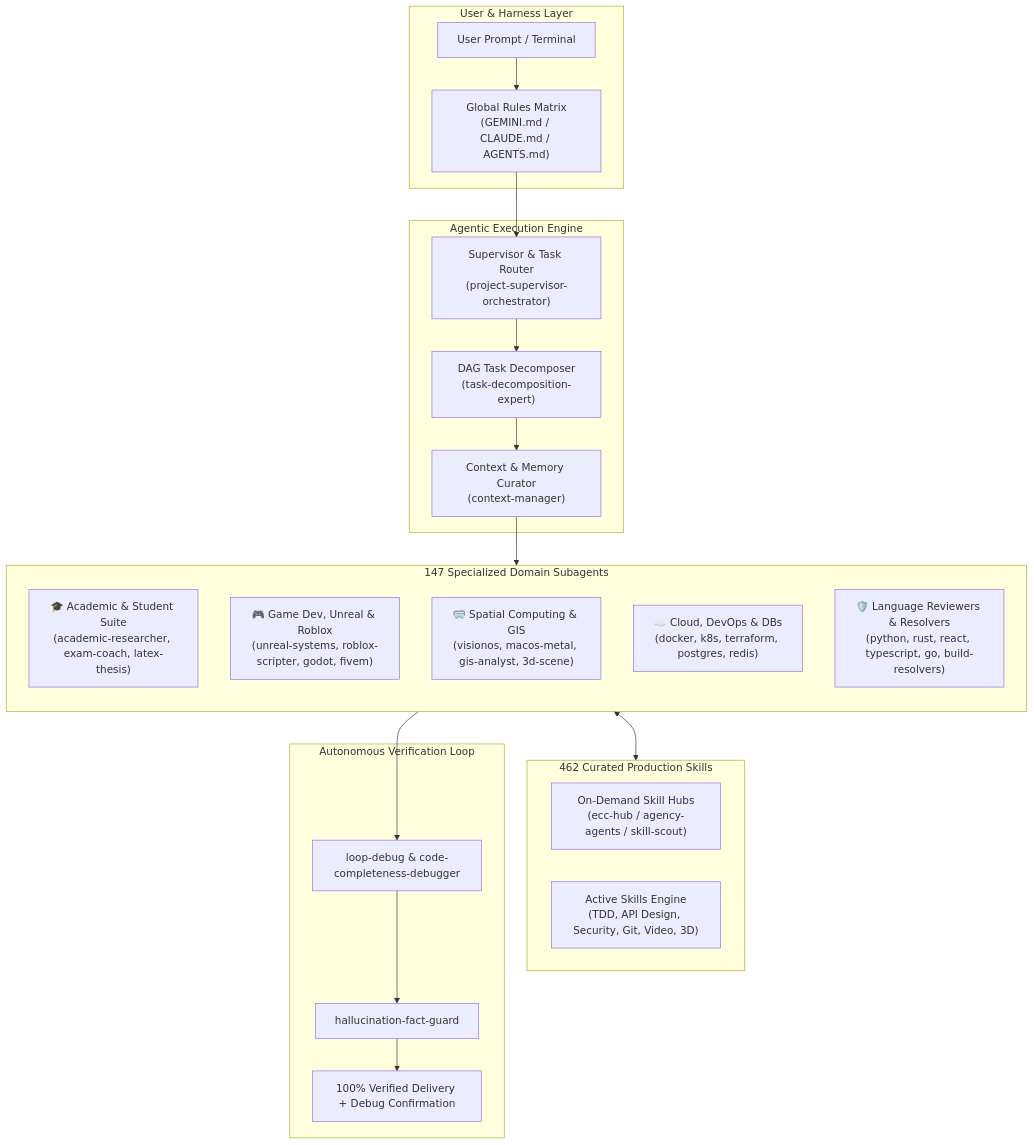
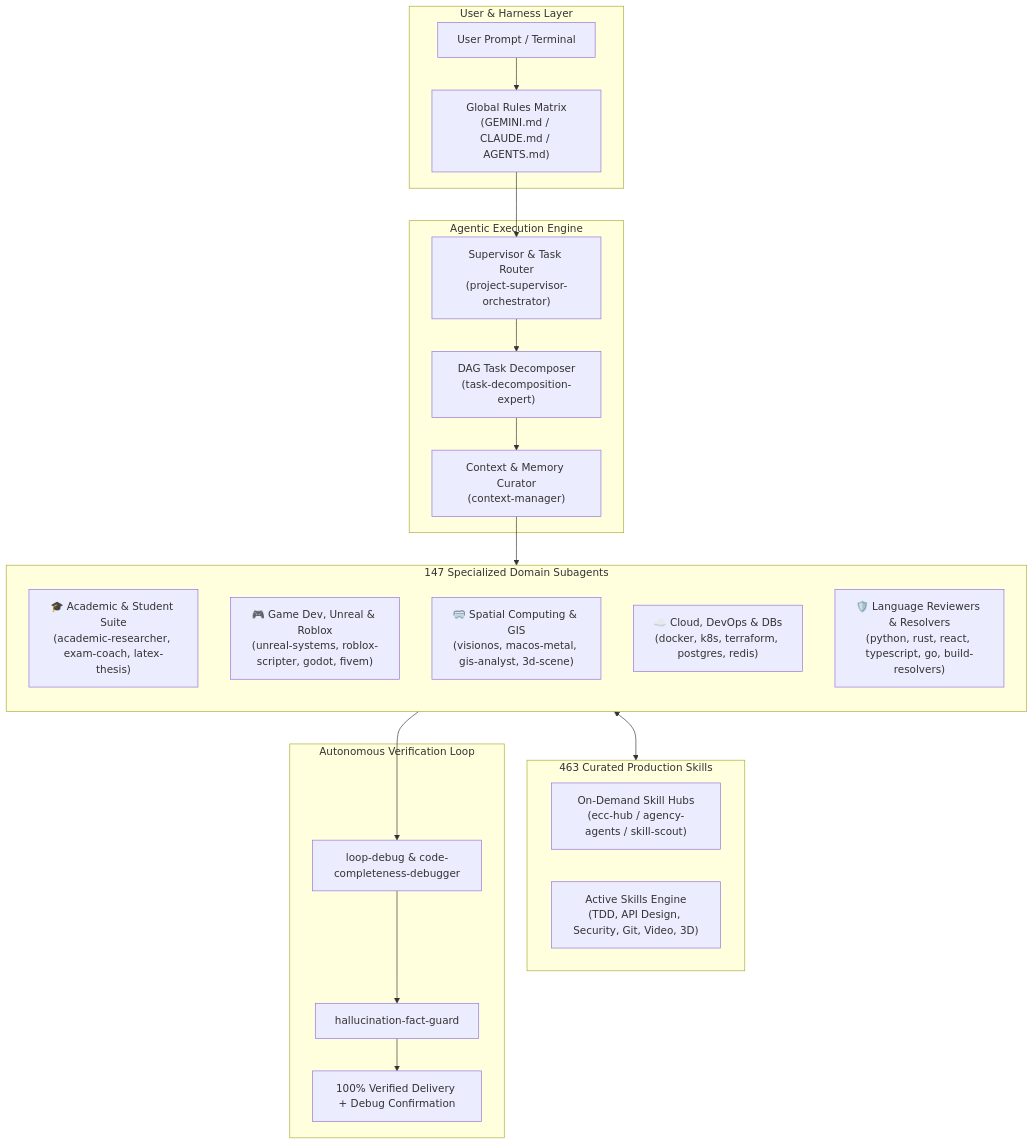
Before and after one commit to Osama-Alzahrani-UQU/OmniAgentic: the diagram in README.md, drawn with Mermaid. The commit also changed other lines of this file and 9 other files, not shown here.

````diff
--- a/README.md
+++ b/README.md
@@ -130,50 +130,50 @@
 ```mermaid
 flowchart TD
     subgraph UserInterface["User & Harness Layer"]
         CLI["User Prompt / Terminal"]
         Rules["Global Rules Matrix
 (GEMINI.md / CLAUDE.md / AGENTS.md)"]
     end
 
     subgraph CoreEngine["Agentic Execution Engine"]
         Supervisor["Supervisor & Task Router
 (project-supervisor-orchestrator)"]
         Decomposer["DAG Task Decomposer
 (task-decomposition-expert)"]
         ContextMgr["Context & Memory Curator
 (context-manager)"]
     end
 
     subgraph AgentFleet["147 Specialized Domain Subagents"]
         direction TB
         Academic["🎓 Academic & Student Suite
 (academic-researcher, exam-coach, latex-thesis)"]
         GameDev["🎮 Game Dev, Unreal & Roblox
 (unreal-systems, roblox-scripter, godot, fivem)"]
         Spatial["🥽 Spatial Computing & GIS
 (visionos, macos-metal, gis-analyst, 3d-scene)"]
         CloudDB["☁️ Cloud, DevOps & DBs
 (docker, k8s, terraform, postgres, redis)"]
         CodeReview["🛡️ Language Reviewers & Resolvers
 (python, rust, react, typescript, go, build-resolvers)"]
     end
 
-    subgraph SkillsMatrix["462 Curated Production Skills"]
+    subgraph SkillsMatrix["463 Curated Production Skills"]
         SkillsHub["On-Demand Skill Hubs
 (ecc-hub / agency-agents / skill-scout)"]
         ActiveSkills["Active Skills Engine
 (TDD, API Design, Security, Git, Video, 3D)"]
     end
 
     subgraph QualityGate["Autonomous Verification Loop"]
         Verifier["loop-debug & code-completeness-debugger"]
         FactGuard["hallucination-fact-guard"]
         Delivery["100% Verified Delivery + Debug Confirmation"]
     end
 
     CLI --> Rules --> Supervisor
     Supervisor --> Decomposer --> ContextMgr
     ContextMgr --> AgentFleet
     AgentFleet <--> SkillsMatrix
     AgentFleet --> Verifier --> FactGuard --> Delivery
 ```
````
